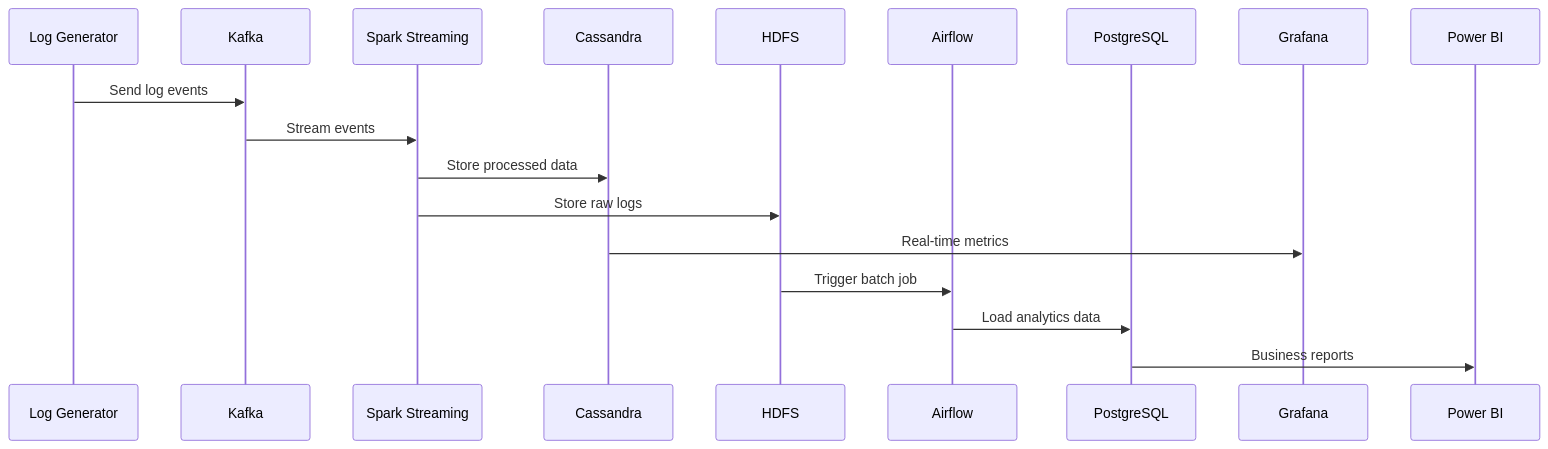
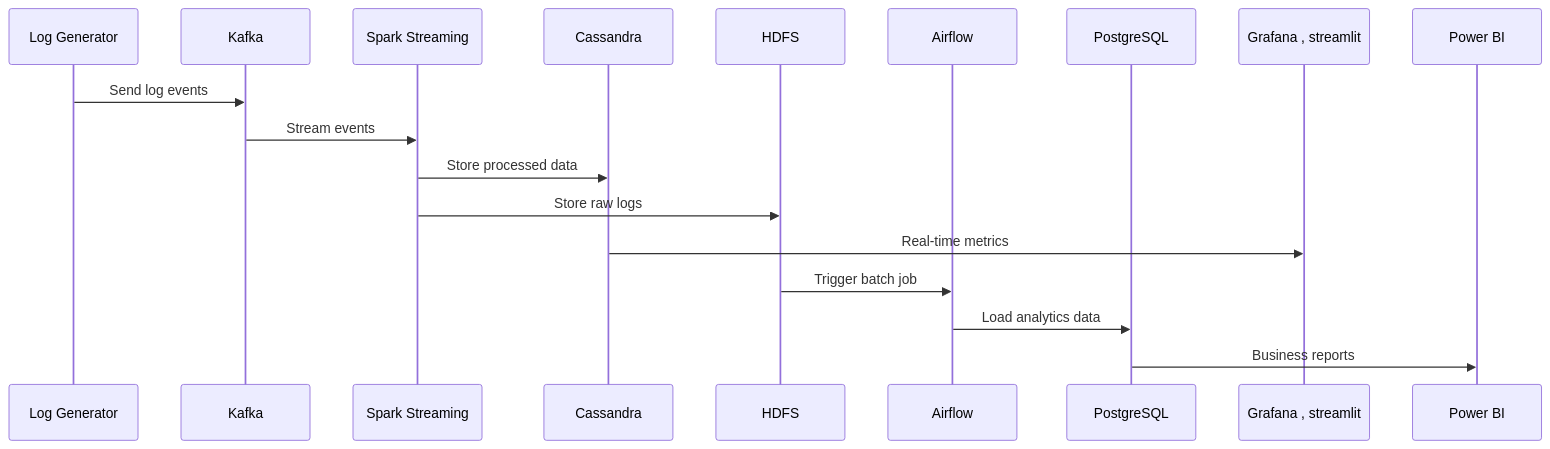
The second of 2 diagrams in README.md (MAHMOUDMAMDOH8/end-to-end-log-processing), drawn with Mermaid before and after one commit. The commit also changed other lines of this file and 1 other file, not shown here.

````diff
--- a/README.md
+++ b/README.md
@@ -85,21 +74,21 @@
 ```mermaid
 sequenceDiagram
     participant LG as Log Generator
     participant K as Kafka
     participant SS as Spark Streaming
     participant C as Cassandra
     participant H as HDFS
     participant A as Airflow
     participant P as PostgreSQL
-    participant G as Grafana
+    participant G as Grafana , streamlit
     participant PB as Power BI
 
     LG->>K: Send log events
     K->>SS: Stream events
     SS->>C: Store processed data
     SS->>H: Store raw logs
     C->>G: Real-time metrics
     H->>A: Trigger batch job
     A->>P: Load analytics data
     P->>PB: Business reports
 ```
````
